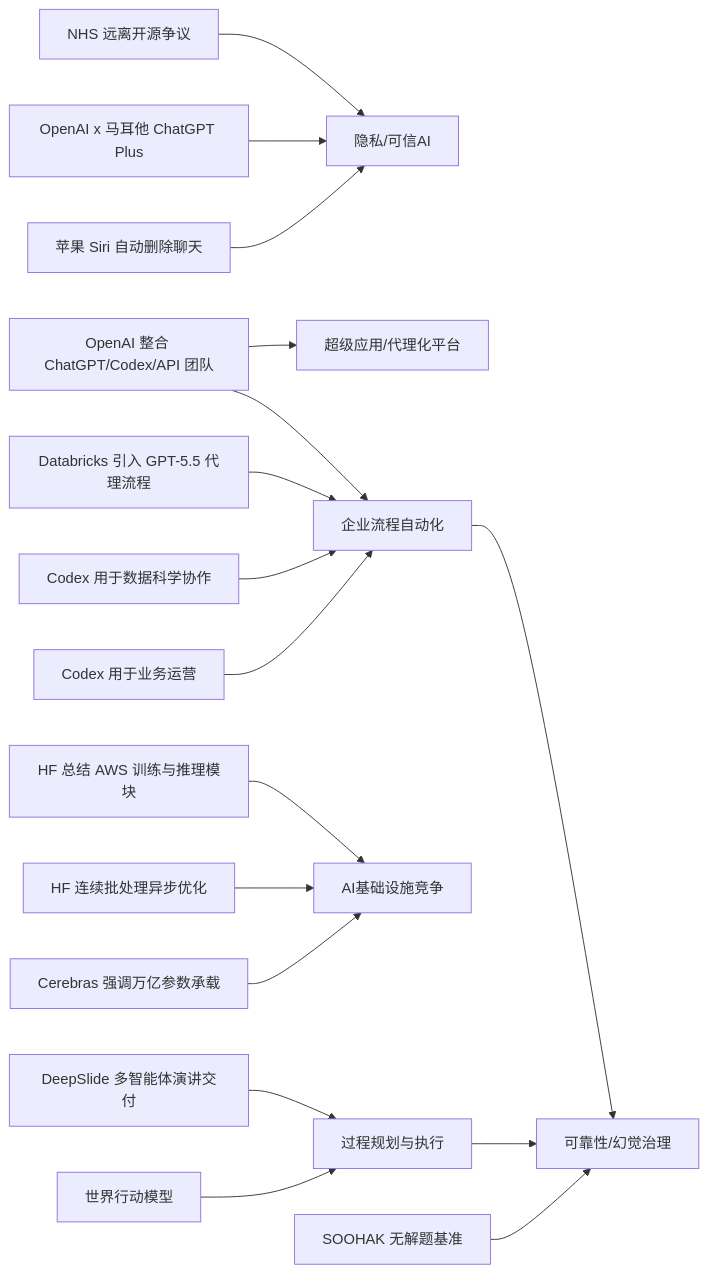
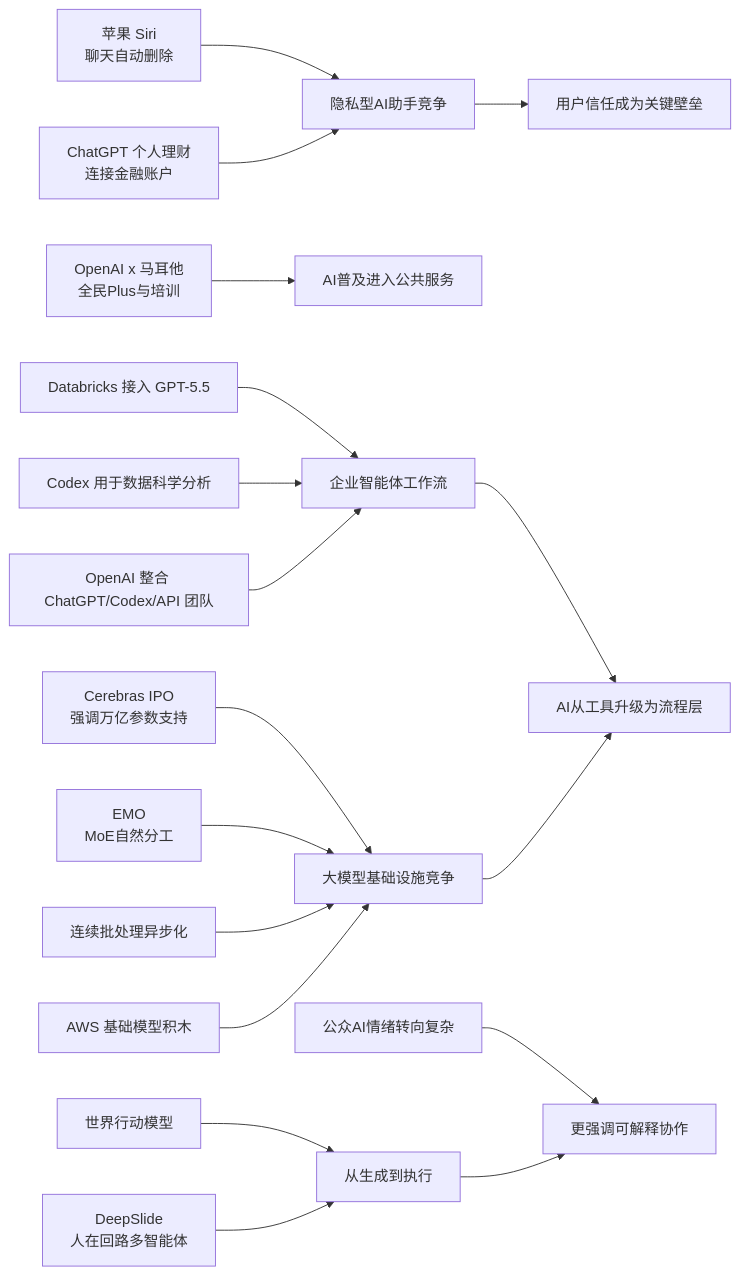
Before and after one commit to zhuxinfei/ai-daily-site: the diagram in content/cn/2026/2026-05/2026-05-18.md, drawn with Mermaid. The commit also changed other lines of this file, not shown here.

````diff
--- a/content/cn/2026/2026-05/2026-05-18.md
+++ b/content/cn/2026/2026-05/2026-05-18.md
@@ -110,22 +110,24 @@
 ```mermaid
 graph LR
-    A[苹果 Siri 自动删除聊天] --> B[隐私/可信AI]
-    C[OpenAI x 马耳他 ChatGPT Plus] --> B
-    D[NHS 远离开源争议] --> B
+    A[苹果 Siri<br/>聊天自动删除] --> B[隐私型AI助手竞争]
+    C[ChatGPT 个人理财<br/>连接金融账户] --> B
+    D[OpenAI x 马耳他<br/>全民Plus与培训] --> E[AI普及进入公共服务]
 
-    E[OpenAI 整合 ChatGPT/Codex/API 团队] --> F[超级应用/代理化平台]
-    G[Codex 用于业务运营] --> H[企业流程自动化]
-    I[Codex 用于数据科学协作] --> H
-    J[Databricks 引入 GPT-5.5 代理流程] --> H
-    E --> H
+    F[Databricks 接入 GPT-5.5] --> G[企业智能体工作流]
+    H[Codex 用于数据科学分析] --> G
+    I[OpenAI 整合 ChatGPT/Codex/API 团队] --> G
 
-    K[Cerebras 强调万亿参数承载] --> L[AI基础设施竞争]
-    M[HF 连续批处理异步优化] --> L
-    N[HF 总结 AWS 训练与推理模块] --> L
+    J[Cerebras IPO<br/>强调万亿参数支持] --> K[大模型基础设施竞争]
+    L[EMO<br/>MoE自然分工] --> K
+    M[连续批处理异步化] --> K
+    N[AWS 基础模型积木] --> K
 
-    O[世界行动模型] --> P[过程规划与执行]
-    Q[DeepSlide 多智能体演讲交付] --> P
-    R[SOOHAK 无解题基准] --> S[可靠性/幻觉治理]
+    O[世界行动模型] --> P[从生成到执行]
+    Q[DeepSlide<br/>人在回路多智能体] --> P
+    R[公众AI情绪转向复杂] --> S[更强调可解释协作]
+
     P --> S
-    H --> S
+    B --> T[用户信任成为关键壁垒]
+    G --> U[AI从工具升级为流程层]
+    K --> U
 ```
````
